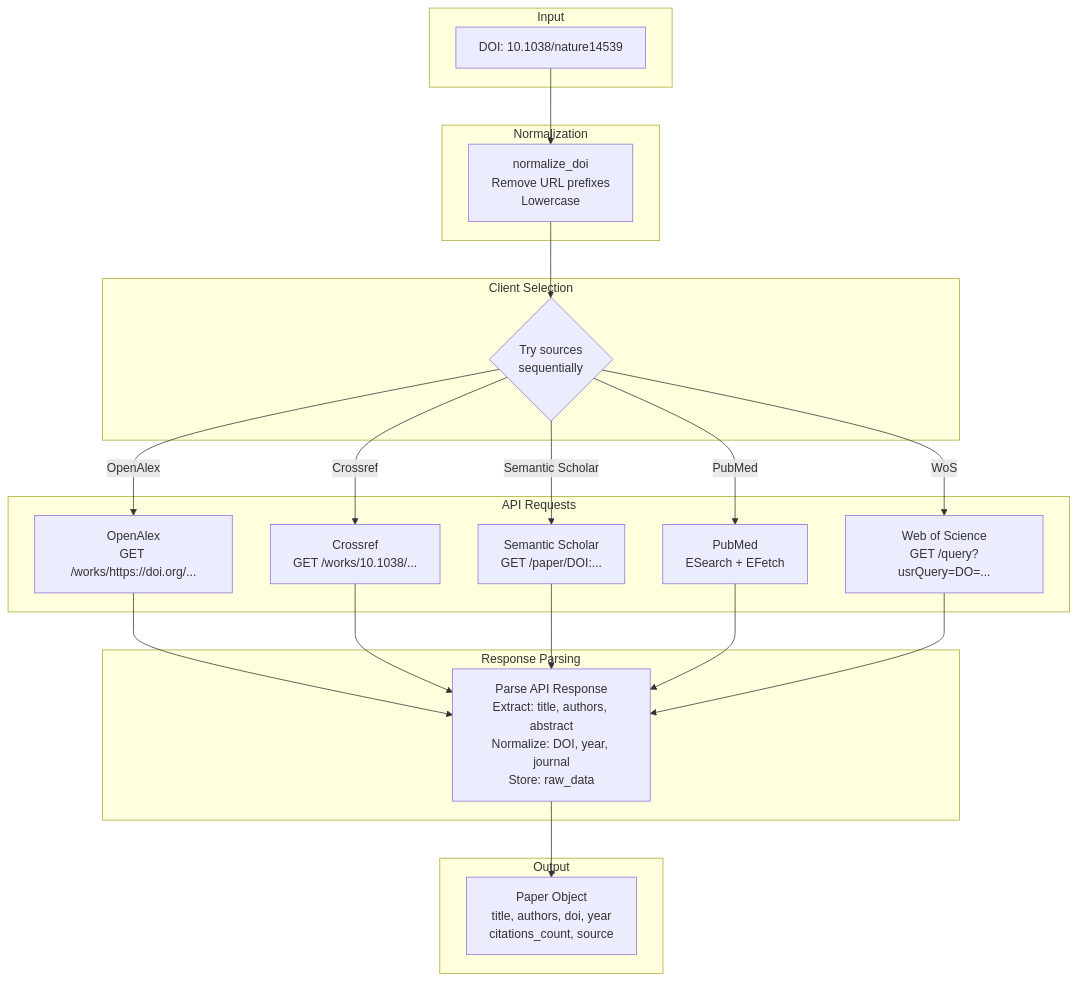
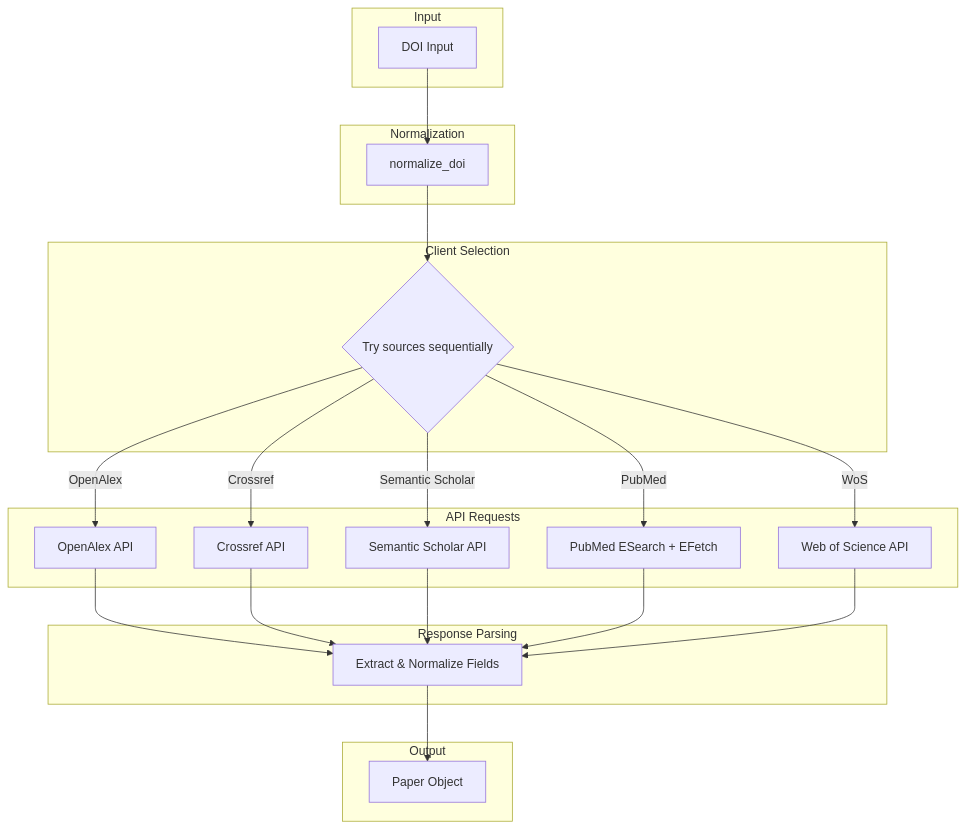
The third of 15 diagrams in docs/ARCHITECTURE.md (SteadfastAsArt/paper-ladder), drawn with Mermaid before and after one commit. The commit also changed other lines of this file, not shown here.

Commit message:
Fix Mermaid syntax for GitHub compatibility

````diff
--- a/docs/ARCHITECTURE.md
+++ b/docs/ARCHITECTURE.md
@@ -215,40 +214,40 @@
 ```mermaid
 flowchart TB
     subgraph Input
-        DOI["DOI: 10.1038/nature14539"]
+        DOI[DOI Input]
     end
 
-    subgraph "Normalization"
-        NORM[normalize_doi<br/>Remove URL prefixes<br/>Lowercase]
+    subgraph Normalize[Normalization]
+        NORM[normalize_doi]
     end
 
-    subgraph "Client Selection"
-        SEL{Try sources<br/>sequentially}
+    subgraph Select[Client Selection]
+        SEL{Try sources sequentially}
     end
 
-    subgraph "API Requests"
-        R1["OpenAlex<br/>GET /works/https://doi.org/..."]
-        R2["Crossref<br/>GET /works/10.1038/..."]
-        R3["Semantic Scholar<br/>GET /paper/DOI:..."]
-        R4["PubMed<br/>ESearch + EFetch"]
-        R5["Web of Science<br/>GET /query?usrQuery=DO=..."]
+    subgraph Requests[API Requests]
+        R1[OpenAlex API]
+        R2[Crossref API]
+        R3[Semantic Scholar API]
+        R4[PubMed ESearch + EFetch]
+        R5[Web of Science API]
     end
 
-    subgraph "Response Parsing"
-        PARSE[Parse API Response<br/>Extract: title, authors, abstract<br/>Normalize: DOI, year, journal<br/>Store: raw_data]
+    subgraph Parse[Response Parsing]
+        PARSE[Extract & Normalize Fields]
     end
 
     subgraph Output
-        PAPER["Paper Object<br/>title, authors, doi, year<br/>citations_count, source"]
+        PAPER[Paper Object]
     end
 
     DOI --> NORM
     NORM --> SEL
     SEL -->|OpenAlex| R1
     SEL -->|Crossref| R2
     SEL -->|Semantic Scholar| R3
     SEL -->|PubMed| R4
     SEL -->|WoS| R5
     R1 & R2 & R3 & R4 & R5 --> PARSE
     PARSE --> PAPER
 ```
````
